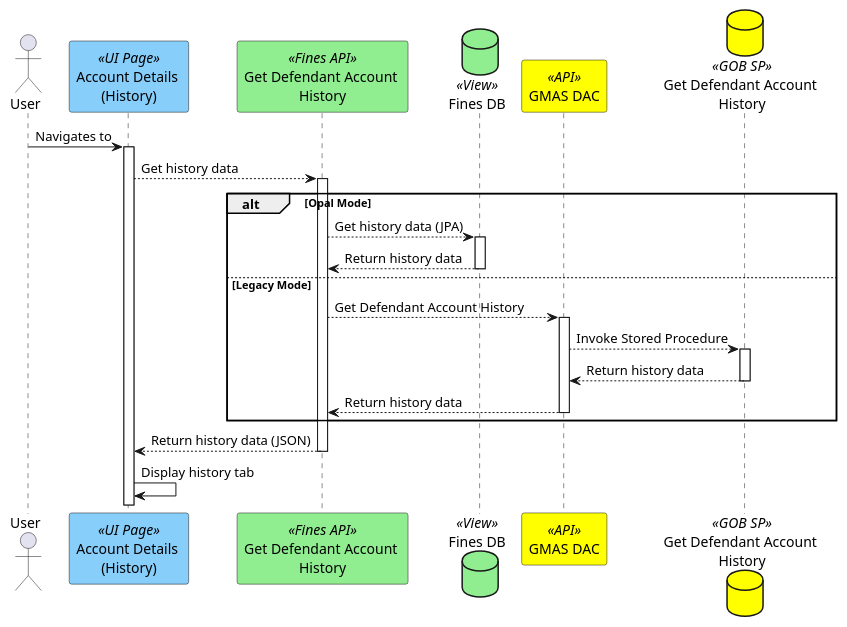
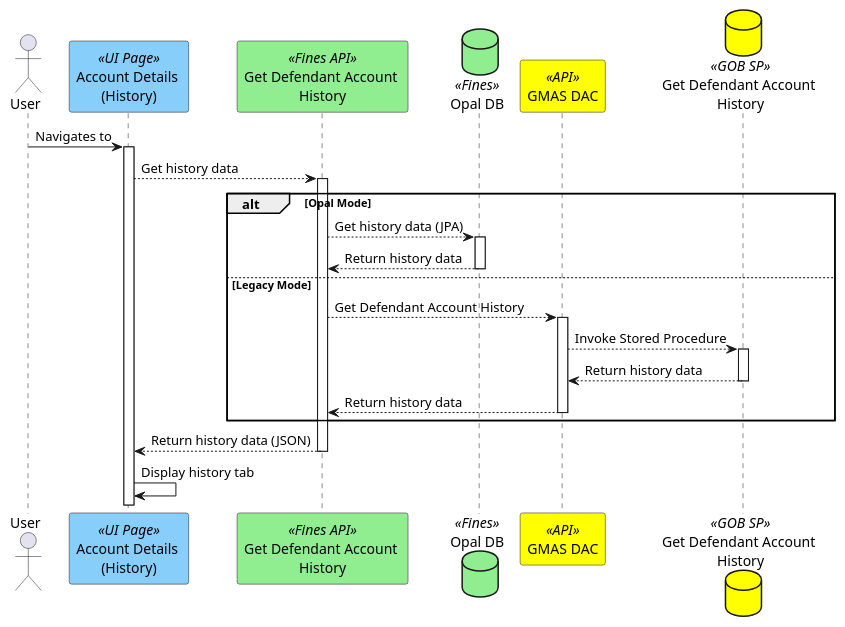
One commit to hmcts/opal-docs changed the diagram in plantUML/view-defendant-account-history/fae-defendant-account-history.puml. Above: the diagram before and after it, drawn with PlantUML.

Commit message:
defendant account history remove db view

```diff
--- a/plantUML/view-defendant-account-history/fae-defendant-account-history.puml
+++ b/plantUML/view-defendant-account-history/fae-defendant-account-history.puml
@@ -1,26 +1,26 @@
 @startuml
 actor "User" as user
 participant "Account Details \n(History)" as account <<UI Page>> #lightskyblue
 participant "Get Defendant Account \nHistory" as getHistoryApi <<Fines API>> #lightgreen
-database "Fines DB" as db <<View>>#lightgreen
+database "Opal DB" as db <<Fines>>#lightgreen
 participant "GMAS DAC" as gmasDac <<API>> #yellow
 database "Get Defendant Account \nHistory" as getHistorySP <<GOB SP>> #yellow
 
 user ->  account ++ :Navigates to
 account --> getHistoryApi ++: Get history data
 alt Opal Mode
   getHistoryApi --> db ++ : Get history data (JPA)
   db --> getHistoryApi : Return history data
   deactivate db
 else Legacy Mode
   getHistoryApi --> gmasDac ++ : Get Defendant Account History
   gmasDac --> getHistorySP ++ : Invoke Stored Procedure
   getHistorySP --> gmasDac -- : Return history data
   gmasDac --> getHistoryApi -- : Return history data
   deactivate gmasDac
 end
 getHistoryApi --> account : Return history data (JSON)
 deactivate getHistoryApi
 account -> account : Display history tab
 
 @enduml
```
